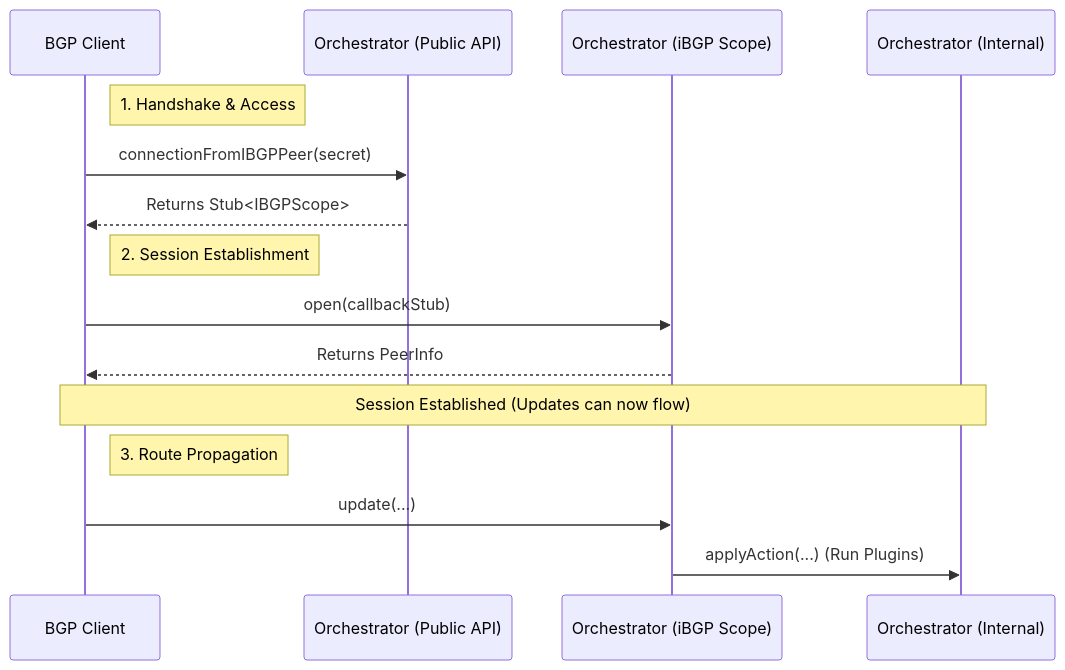
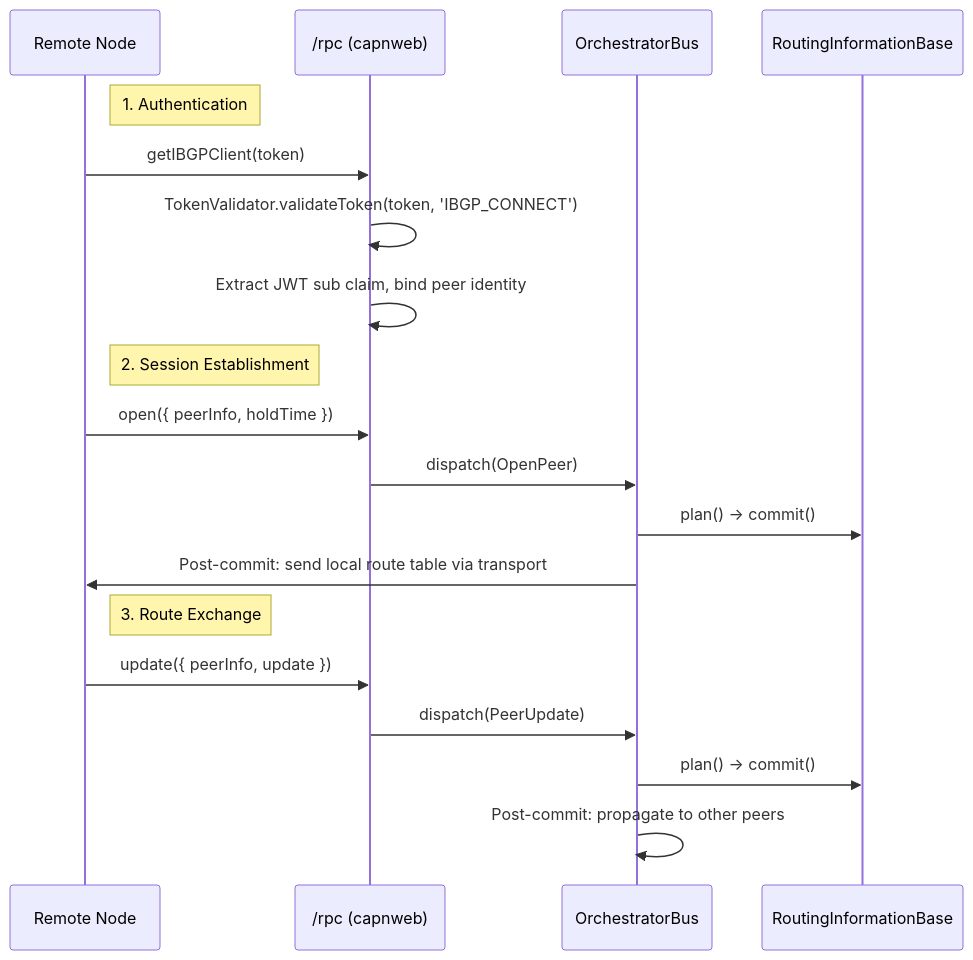
Before and after one commit to orbisoperations/catalyst-router: the second of 3 diagrams in apps/orchestrator/README.md, drawn with Mermaid. The commit also changed other lines of this file and 5 other files, not shown here.

First line of the commit message:
docs: update documentation for v2 routing architecture

````diff
--- a/apps/orchestrator/README.md
+++ b/apps/orchestrator/README.md
@@ -224,21 +125,24 @@
 ```mermaid
 sequenceDiagram
-    participant BGP as BGP Client
-    participant Public as Orchestrator (Public API)
-    participant IBGPScope as Orchestrator (iBGP Scope)
-    participant Private as Orchestrator (Internal)
+    participant Remote as Remote Node
+    participant RPC as /rpc (capnweb)
+    participant Bus as OrchestratorBus
+    participant RIB as RoutingInformationBase
 
-    Note right of BGP: 1. Handshake & Access
-    BGP->>Public: connectionFromIBGPPeer(secret)
-    Public-->>BGP: Returns Stub<IBGPScope>
+    Note right of Remote: 1. Authentication
+    Remote->>RPC: getIBGPClient(token)
+    RPC->>RPC: TokenValidator.validateToken(token, 'IBGP_CONNECT')
+    RPC->>RPC: Extract JWT sub claim, bind peer identity
 
-    Note right of BGP: 2. Session Establishment
-    BGP->>IBGPScope: open(callbackStub)
-    IBGPScope-->>BGP: Returns PeerInfo
+    Note right of Remote: 2. Session Establishment
+    Remote->>RPC: open({ peerInfo, holdTime })
+    RPC->>Bus: dispatch(OpenPeer)
+    Bus->>RIB: plan() → commit()
+    Bus->>Remote: Post-commit: send local route table via transport
 
-    Note over BGP, Private: Session Established (Updates can now flow)
-
-    Note right of BGP: 3. Route Propagation
-    BGP->>IBGPScope: update(...)
-    IBGPScope->>Private: applyAction(...) (Run Plugins)
+    Note right of Remote: 3. Route Exchange
+    Remote->>RPC: update({ peerInfo, update })
+    RPC->>Bus: dispatch(PeerUpdate)
+    Bus->>RIB: plan() → commit()
+    Bus->>Bus: Post-commit: propagate to other peers
 ```
````
